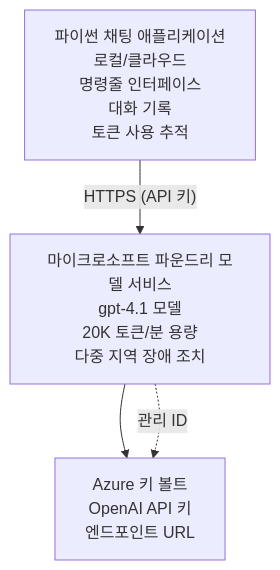
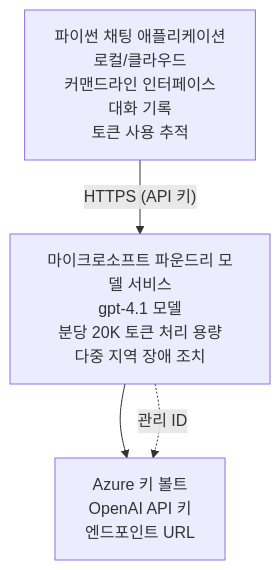
Before and after one commit to microsoft/AZD-for-beginners: the diagram in translations/ko/examples/azure-openai-chat/README.md, drawn with Mermaid. The commit also changed other lines of this file and 104 other files, not shown here.

````diff
--- a/translations/ko/examples/azure-openai-chat/README.md
+++ b/translations/ko/examples/azure-openai-chat/README.md
@@ -26,6 +26,6 @@
 ```mermaid
 graph TD
-    App[파이썬 채팅 애플리케이션<br/>로컬/클라우드<br/>명령줄 인터페이스<br/>대화 기록<br/>토큰 사용 추적] -- "HTTPS (API 키)" --> Foundry[마이크로소프트 파운드리 모델 서비스<br/>gpt-4.1 모델<br/>20K 토큰/분 용량<br/>다중 지역 장애 조치]
+    App[파이썬 채팅 애플리케이션<br/>로컬/클라우드<br/>커맨드라인 인터페이스<br/>대화 기록<br/>토큰 사용 추적] -- "HTTPS (API 키)" --> Foundry[마이크로소프트 파운드리 모델 서비스<br/>gpt-4.1 모델<br/>분당 20K 토큰 처리 용량<br/>다중 지역 장애 조치]
     Foundry --> KV[Azure 키 볼트<br/>OpenAI API 키<br/>엔드포인트 URL]
     Foundry -. 관리 ID .-> KV
 ```
````
